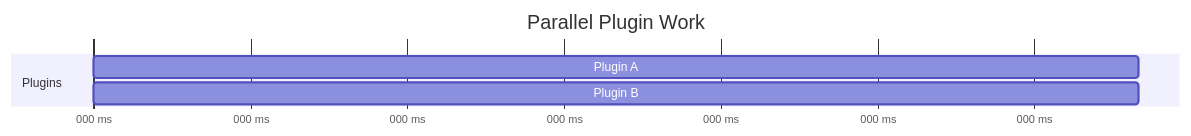
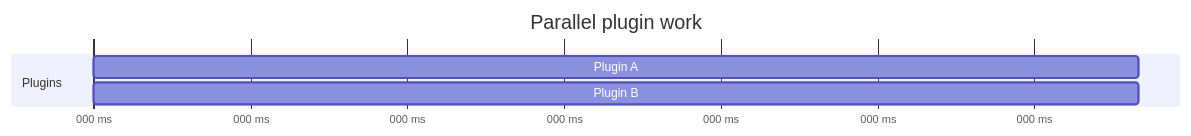
One commit to Rerurate514/riebeckite changed the fourth of 5 diagrams in docs/docs/framework/observability.md. Above: the diagram before and after it, drawn with Mermaid. The commit also changed other lines of this file and 604 other files, not shown here.

````diff
--- a/docs/docs/framework/observability.md
+++ b/docs/docs/framework/observability.md
@@ -124,10 +111,10 @@
 ```mermaid
 gantt
-    title Parallel Plugin Work
+    title Parallel plugin work
     dateFormat X
     axisFormat %L ms
 
     section Plugins
     Plugin A :a, 0, 100
     Plugin B :b, 0, 100
 ```
````
